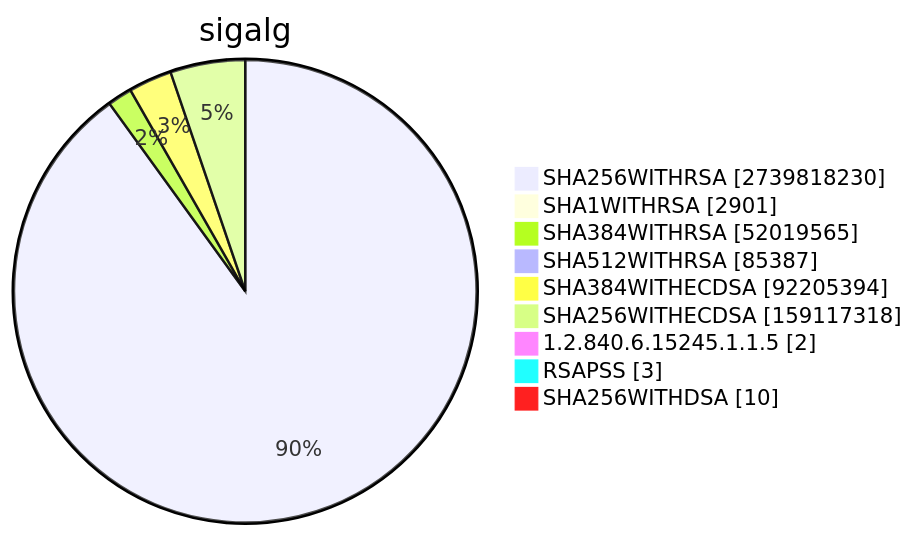
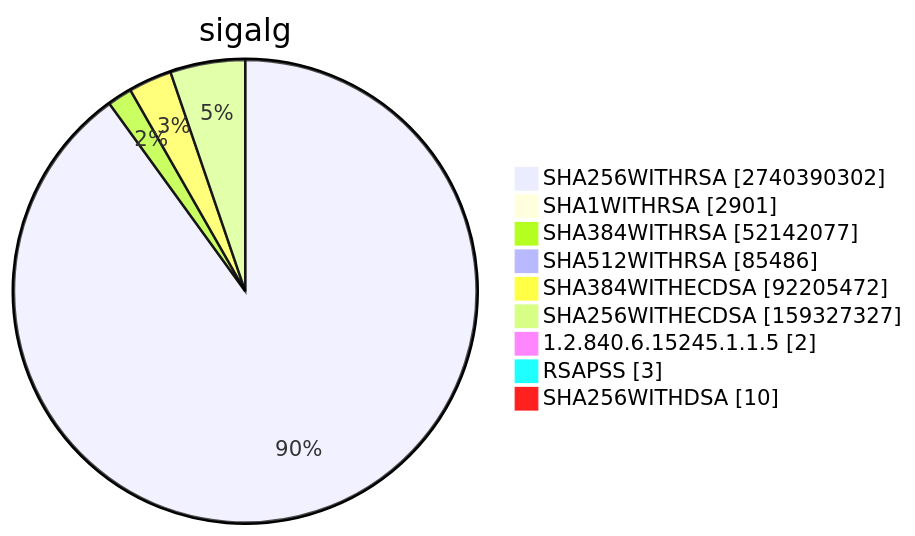
One commit to christiankrug/ctmonitor_visualization changed diagram 15 of 15 in TOTAL/README.md. Above: the diagram before and after it, drawn with Mermaid. The commit also changed other lines of this file, not shown here.

````diff
--- a/TOTAL/README.md
+++ b/TOTAL/README.md
@@ -6204,13 +6204,13 @@
 ```mermaid
 pie showData
 title sigalg
-"SHA256WITHRSA" :2739818230
+"SHA256WITHRSA" :2740390302
 "SHA1WITHRSA" :2901
-"SHA384WITHRSA" :52019565
-"SHA512WITHRSA" :85387
-"SHA384WITHECDSA" :92205394
-"SHA256WITHECDSA" :159117318
+"SHA384WITHRSA" :52142077
+"SHA512WITHRSA" :85486
+"SHA384WITHECDSA" :92205472
+"SHA256WITHECDSA" :159327327
 "1.2.840.6.15245.1.1.5" :2
 "RSAPSS" :3
 "SHA256WITHDSA" :10
 ```
````
